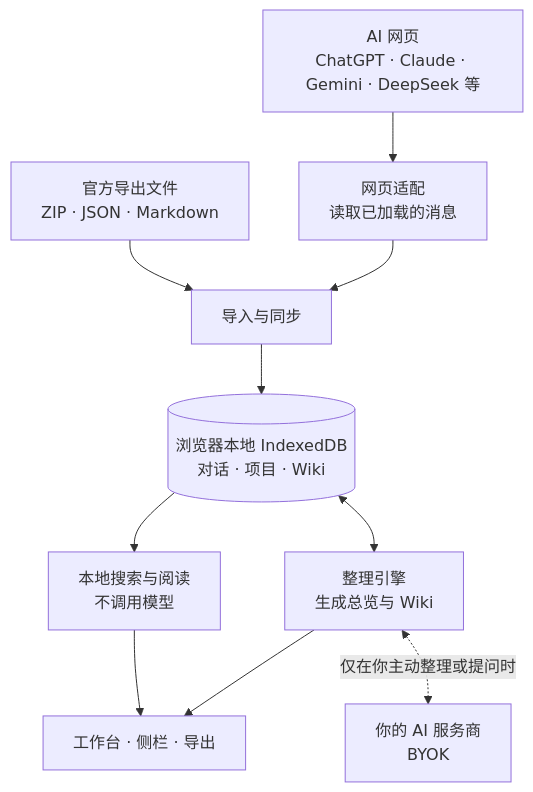
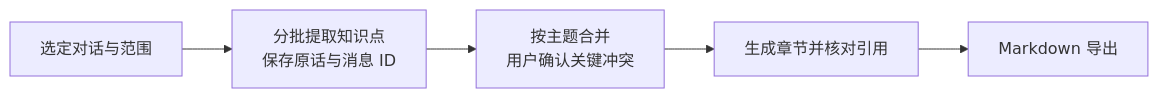
The diagram in README.md (CNZHM666/ChatAtlas), drawn with Mermaid before and after one commit. The commit also changed other lines of this file and 106 other files, not shown here.

````diff
--- a/README.md
+++ b/README.md
@@ -136,12 +59,7 @@
 ```mermaid
-flowchart TB
-  WEB["AI 网页<br/>ChatGPT · Claude · Gemini · DeepSeek 等"] --> CAP["网页适配<br/>读取已加载的消息"]
-  FILE["官方导出文件<br/>ZIP · JSON · Markdown"] --> SYNC
-  CAP --> SYNC["导入与同步"]
-  SYNC --> DB[("浏览器本地 IndexedDB<br/>对话 · 项目 · Wiki")]
-  DB --> FIND["本地搜索与阅读<br/>不调用模型"]
-  DB <--> ORG["整理引擎<br/>生成总览与 Wiki"]
-  ORG <-.->|仅在你主动整理或提问时| LLM["你的 AI 服务商<br/>BYOK"]
-  FIND --> UI["工作台 · 侧栏 · 导出"]
-  ORG --> UI
+flowchart LR
+  A["选定对话与范围"] --> B["分批提取知识点<br/>保存原话与消息 ID"]
+  B --> C["按主题合并<br/>用户确认关键冲突"]
+  C --> D["生成章节并核对引用"]
+  D --> E["Markdown 导出"]
 ```
````
